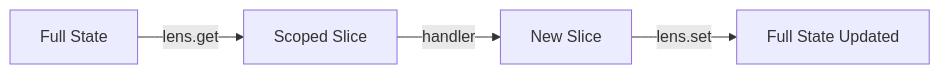
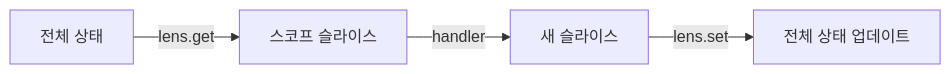
The diagram in docs/official/kernel/07-state-management.md (developer-1px/interactive-os), drawn with Mermaid before and after one commit. The commit also changed other lines of this file and 10 other files, not shown here.

````diff
--- a/docs/official/kernel/07-state-management.md
+++ b/docs/official/kernel/07-state-management.md
@@ -172,6 +176,6 @@
 ```mermaid
 graph LR
-    A[Full State] -->|lens.get| B[Scoped Slice]
-    B -->|handler| C[New Slice]
-    C -->|lens.set| D[Full State Updated]
+    A[전체 상태] -->|lens.get| B[스코프 슬라이스]
+    B -->|handler| C[새 슬라이스]
+    C -->|lens.set| D[전체 상태 업데이트]
 ```
````
